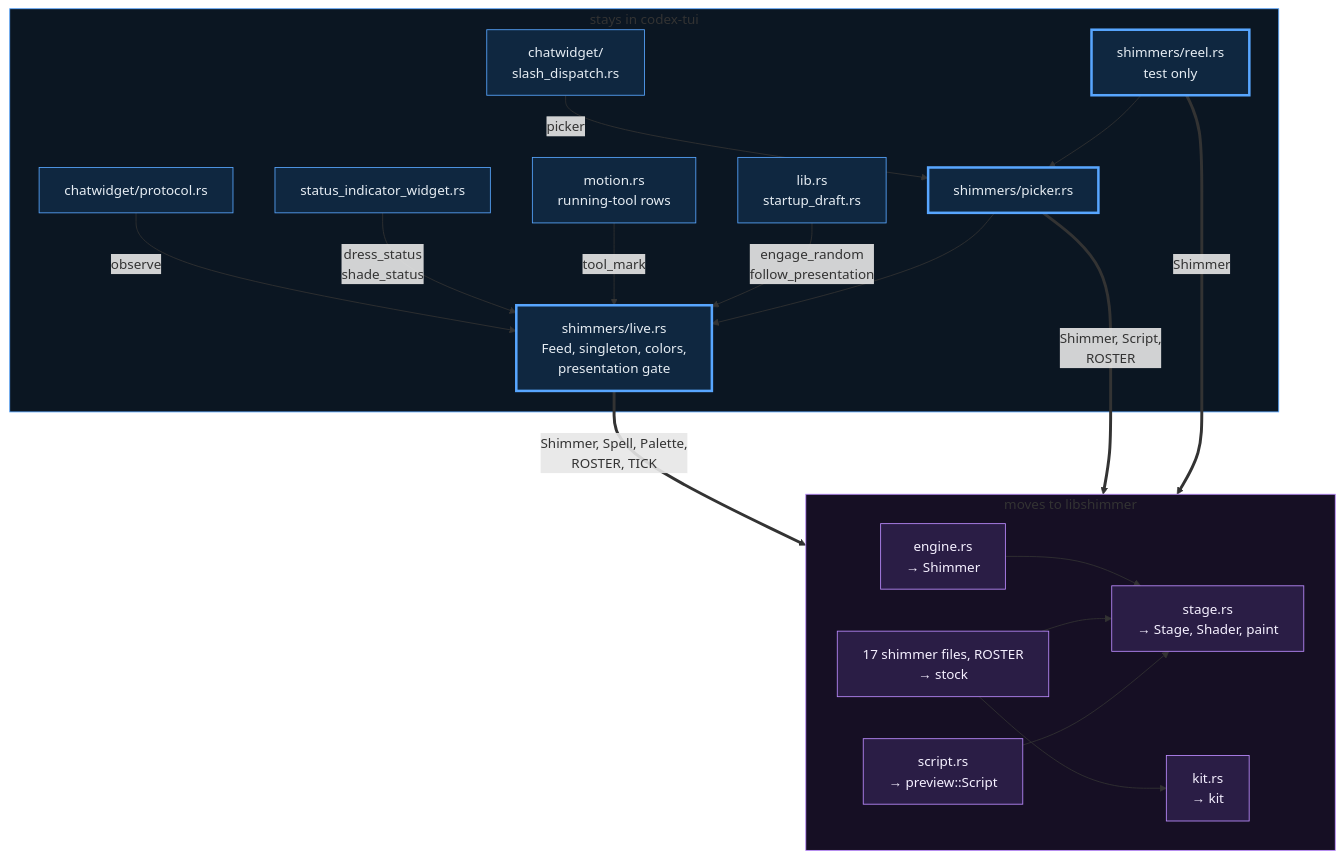
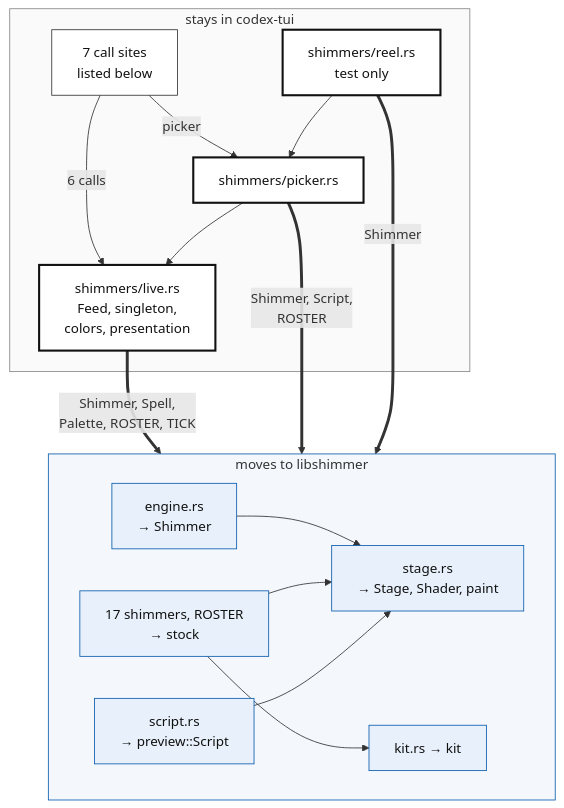
Before and after one commit to aoaoaoaoaoaoaoaoaoaoaoaoaoaoaoaoaoaoaoa/libshimmer: the second of 5 diagrams in design/DESIGN.md, drawn with Mermaid. The commit also changed other lines of this file and 3 other files, not shown here.

````diff
--- a/design/DESIGN.md
+++ b/design/DESIGN.md
@@ -72,41 +73,34 @@
 ```mermaid
 flowchart TB
-  classDef caller fill:#0f2740,stroke:#58a6ff,color:#e6edf3
-  classDef changed fill:#0f2740,stroke:#58a6ff,color:#e6edf3,stroke-width:3px
-  classDef moved fill:#2a1d45,stroke:#bc8cff,color:#f5f0ff
+  classDef host fill:#fff,stroke:#333,color:#111
+  classDef changed fill:#fff,stroke:#111,stroke-width:2.5px,color:#111
+  classDef subject fill:#e8f1fb,stroke:#0b5cad,color:#111
 
   subgraph tui["stays in codex-tui"]
-    protocol["chatwidget/protocol.rs"]:::caller
-    indicator["status_indicator_widget.rs"]:::caller
-    rows["motion.rs<br/>running-tool rows"]:::caller
-    boot["lib.rs<br/>startup_draft.rs"]:::caller
-    slash["chatwidget/<br/>slash_dispatch.rs"]:::caller
-    live["shimmers/live.rs<br/>Feed, singleton, colors,<br/>presentation gate"]:::changed
+    callers["7 call sites<br/>listed below"]:::host
+    live["shimmers/live.rs<br/>Feed, singleton,<br/>colors, presentation"]:::changed
     picker["shimmers/picker.rs"]:::changed
     reel["shimmers/reel.rs<br/>test only"]:::changed
   end
   subgraph lib["moves to libshimmer"]
-    engine["engine.rs<br/>→ Shimmer"]:::moved
-    script["script.rs<br/>→ preview::Script"]:::moved
-    stock["17 shimmer files, ROSTER<br/>→ stock"]:::moved
-    stagefile["stage.rs<br/>→ Stage, Shader, paint"]:::moved
-    kit["kit.rs<br/>→ kit"]:::moved
+    engine["engine.rs<br/>→ Shimmer"]:::subject
+    script["script.rs<br/>→ preview::Script"]:::subject
+    stock["17 shimmers, ROSTER<br/>→ stock"]:::subject
+    stagefile["stage.rs<br/>→ Stage, Shader, paint"]:::subject
+    kit["kit.rs → kit"]:::subject
   end
 
-  protocol -->|observe| live
-  indicator -->|"dress_status<br/>shade_status"| live
-  rows -->|tool_mark| live
-  boot -->|"engage_random<br/>follow_presentation"| live
-  slash -->|picker| picker
+  callers -->|"6 calls"| live
+  callers -->|picker| picker
   picker --> live
   reel --> picker
-  live ==>|"Shimmer, Spell, Palette,<br/>ROSTER, TICK"| lib
+  live ==>|"Shimmer, Spell,<br/>Palette, ROSTER, TICK"| lib
   picker ==>|"Shimmer, Script,<br/>ROSTER"| lib
-  reel ==>|"Shimmer"| lib
+  reel ==>|Shimmer| lib
   engine --> stagefile
   stock --> stagefile
   stock --> kit
   script --> stagefile
-  style tui fill:#0b1622,stroke:#58a6ff
-  style lib fill:#160f24,stroke:#bc8cff
+  style tui fill:#fafafa,stroke:#888
+  style lib fill:#f4f8fd,stroke:#0b5cad
 ```
````
